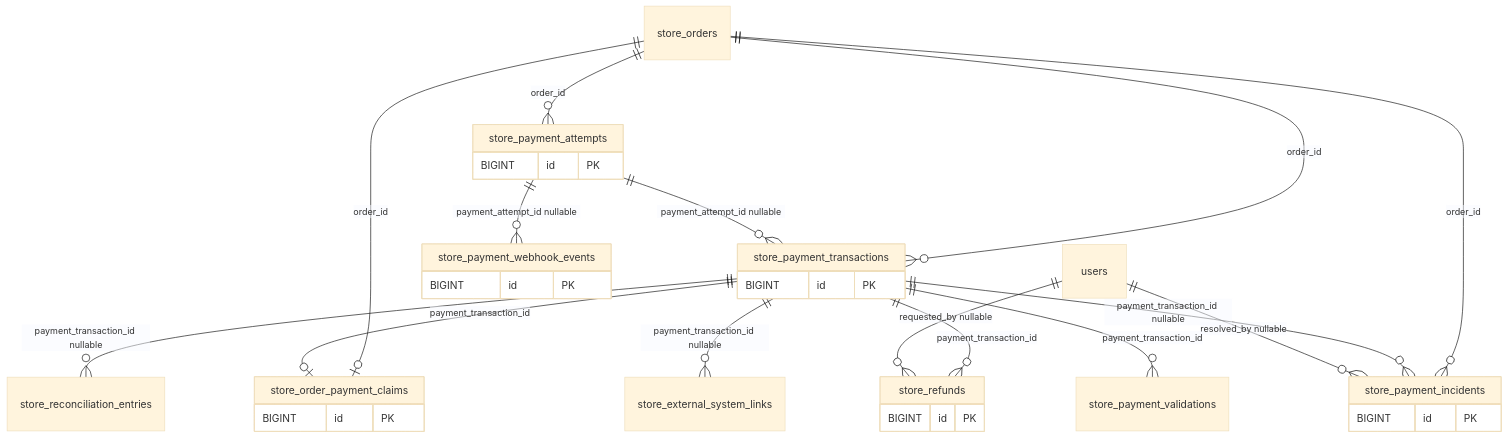
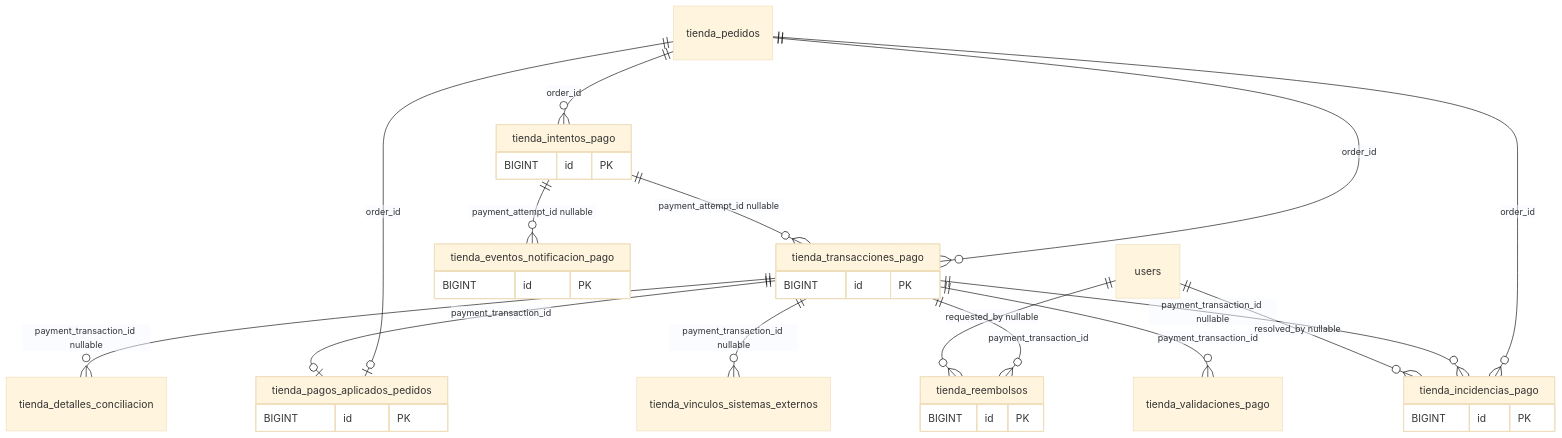
One commit to JIMMY1012102/UNDC-Pagos-Posgrado changed the diagram in docs/modelo-datos/05_PAGOS.md. Above: the diagram before and after it, drawn with Mermaid (base theme). The commit also changed 38 other files, not shown here.

````diff
--- a/docs/modelo-datos/05_PAGOS.md
+++ b/docs/modelo-datos/05_PAGOS.md
@@ -5,35 +5,35 @@
 ```mermaid
 erDiagram
-  store_payment_attempts {
+  tienda_intentos_pago {
     BIGINT id PK
   }
-  store_payment_transactions {
+  tienda_transacciones_pago {
     BIGINT id PK
   }
-  store_order_payment_claims {
+  tienda_pagos_aplicados_pedidos {
     BIGINT id PK
   }
-  store_payment_webhook_events {
+  tienda_eventos_notificacion_pago {
     BIGINT id PK
   }
-  store_payment_incidents {
+  tienda_incidencias_pago {
     BIGINT id PK
   }
-  store_refunds {
+  tienda_reembolsos {
     BIGINT id PK
   }
-  store_orders ||--o{ store_payment_attempts : "order_id"
-  store_orders ||--o{ store_payment_transactions : "order_id"
-  store_payment_attempts ||--o{ store_payment_transactions : "payment_attempt_id nullable"
-  store_orders ||--o| store_order_payment_claims : "order_id"
-  store_payment_transactions ||--o| store_order_payment_claims : "payment_transaction_id"
-  store_payment_attempts ||--o{ store_payment_webhook_events : "payment_attempt_id nullable"
-  store_orders ||--o{ store_payment_incidents : "order_id"
-  store_payment_transactions ||--o{ store_payment_incidents : "payment_transaction_id nullable"
-  users ||--o{ store_payment_incidents : "resolved_by nullable"
-  store_payment_transactions ||--o{ store_refunds : "payment_transaction_id"
-  users ||--o{ store_refunds : "requested_by nullable"
-  store_payment_transactions ||--o{ store_reconciliation_entries : "payment_transaction_id nullable"
-  store_payment_transactions ||--o{ store_external_system_links : "payment_transaction_id nullable"
-  store_payment_transactions ||--o{ store_payment_validations : "payment_transaction_id"
+  tienda_pedidos ||--o{ tienda_intentos_pago : "order_id"
+  tienda_pedidos ||--o{ tienda_transacciones_pago : "order_id"
+  tienda_intentos_pago ||--o{ tienda_transacciones_pago : "payment_attempt_id nullable"
+  tienda_pedidos ||--o| tienda_pagos_aplicados_pedidos : "order_id"
+  tienda_transacciones_pago ||--o| tienda_pagos_aplicados_pedidos : "payment_transaction_id"
+  tienda_intentos_pago ||--o{ tienda_eventos_notificacion_pago : "payment_attempt_id nullable"
+  tienda_pedidos ||--o{ tienda_incidencias_pago : "order_id"
+  tienda_transacciones_pago ||--o{ tienda_incidencias_pago : "payment_transaction_id nullable"
+  users ||--o{ tienda_incidencias_pago : "resolved_by nullable"
+  tienda_transacciones_pago ||--o{ tienda_reembolsos : "payment_transaction_id"
+  users ||--o{ tienda_reembolsos : "requested_by nullable"
+  tienda_transacciones_pago ||--o{ tienda_detalles_conciliacion : "payment_transaction_id nullable"
+  tienda_transacciones_pago ||--o{ tienda_vinculos_sistemas_externos : "payment_transaction_id nullable"
+  tienda_transacciones_pago ||--o{ tienda_validaciones_pago : "payment_transaction_id"
 ```
````
